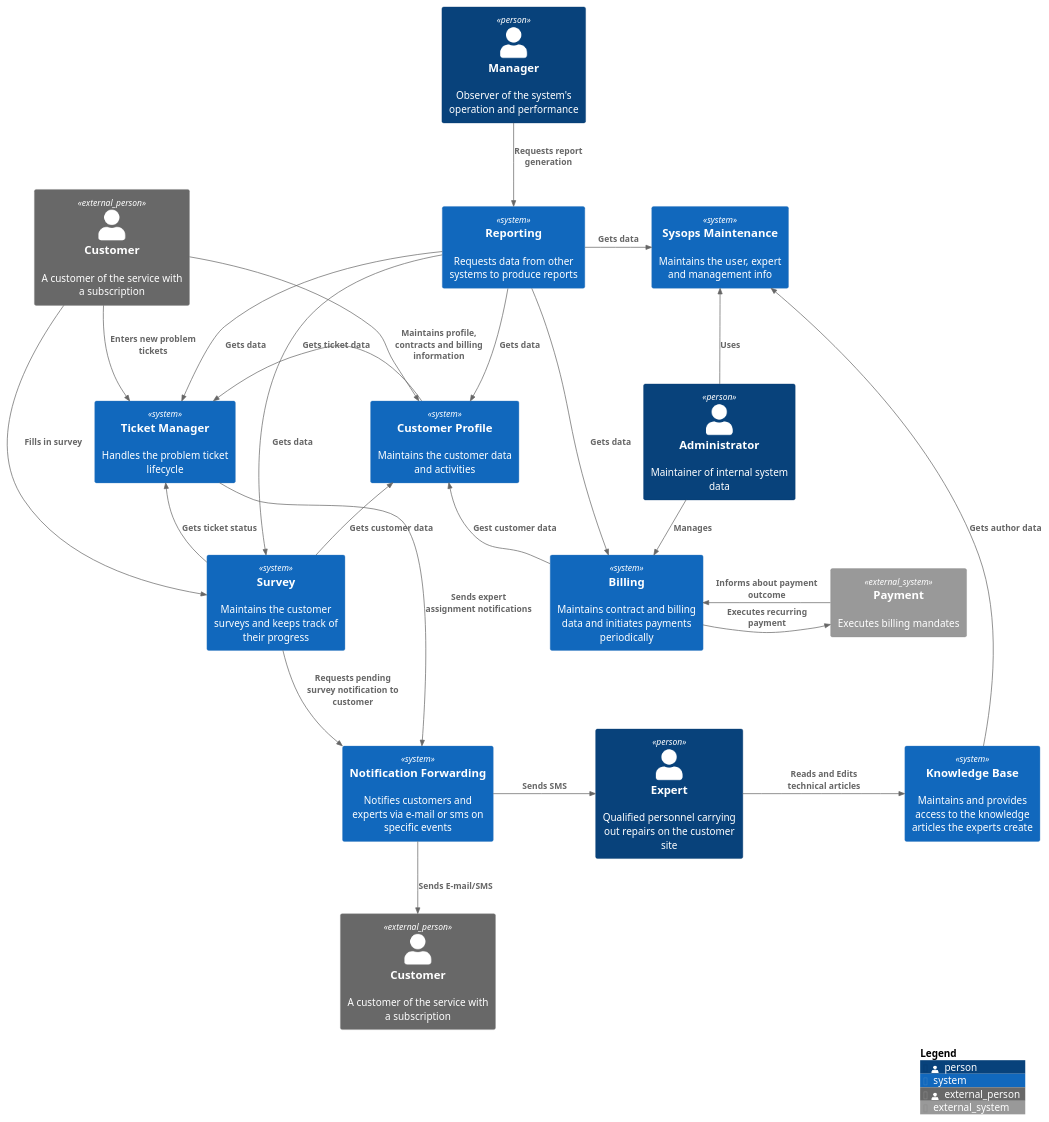
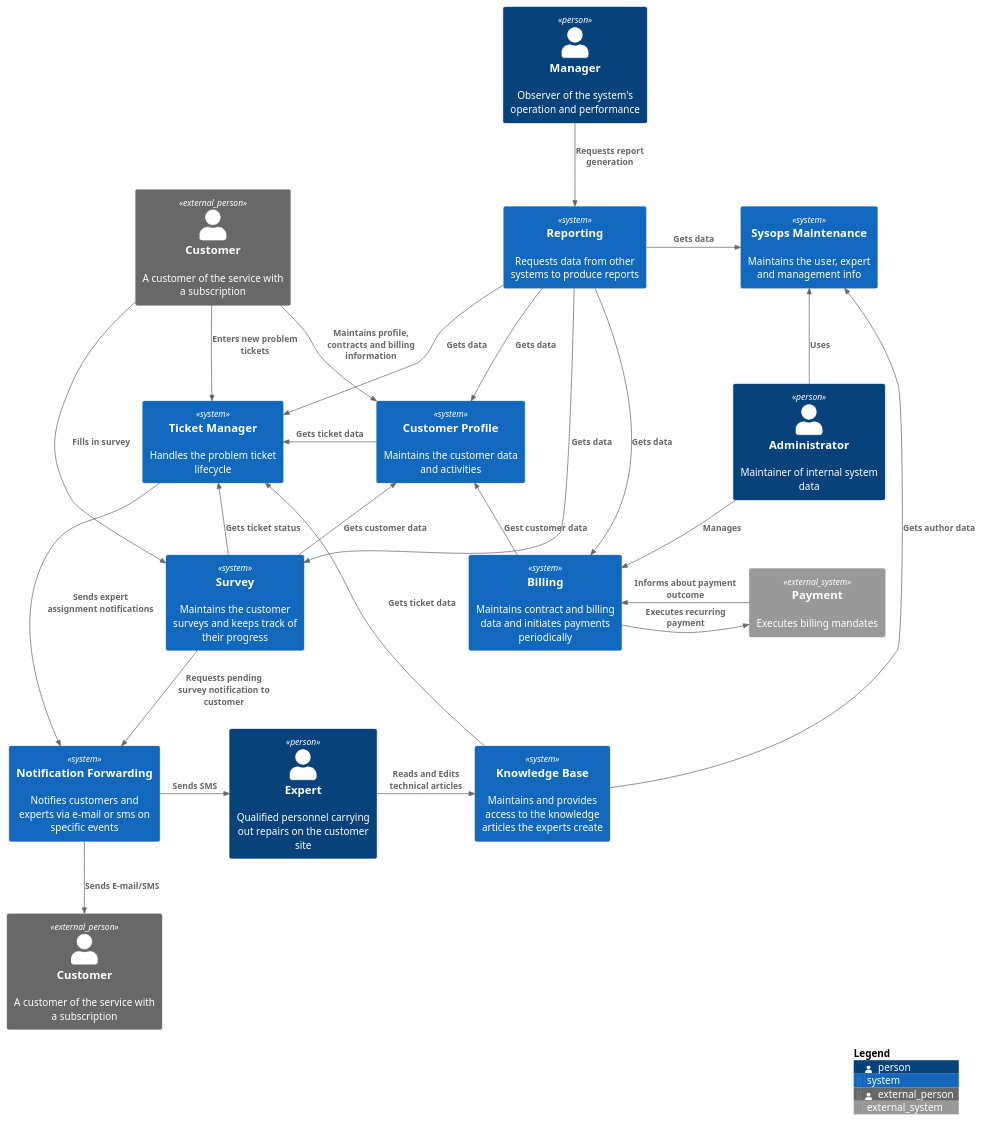
Before and after one commit to gantonopoulos/ganymed: the diagram in Doc/Diagrams/1. Context/Context.md, drawn with PlantUML. The commit also changed 3 other files, not shown here.

Commit message:
Adds the Knowledge base diagram

````diff
--- a/Doc/Diagrams/1. Context/Context.md
+++ b/Doc/Diagrams/1. Context/Context.md
@@ -1,59 +1,60 @@
 ```plantuml
 
 @startuml 
 !includeurl https://raw.githubusercontent.com/plantuml-stdlib/C4-PlantUML/v2.2.0/C4_Context.puml
 !includeurl https://raw.githubusercontent.com/plantuml-stdlib/C4-PlantUML/v2.2.0/C4_Container.puml
 !includeurl https://raw.githubusercontent.com/plantuml-stdlib/C4-PlantUML/v2.2.0/C4_Component.puml
 
 
 Person_Ext(customer, "Customer", "A customer of the service with a subscription")
 Person_Ext(customer_1, "Customer", "A customer of the service with a subscription")
 Person(sysopsExpert,"Expert", "Qualified personnel carrying out repairs on the customer site")
 Person(sysopsAdmin, "Administrator", "Maintainer of internal system data")
 Person(manager, "Manager", "Observer of the system's operation and performance")
 
 System(notificationForwarding, "Notification Forwarding", "Notifies customers and experts via e-mail or sms on specific events")
 System(sysopsManager, "Sysops Maintenance", "Maintains the user, expert and management info")
 System(customerProfile,"Customer Profile", "Maintains the customer data and activities")
 System(billing, "Billing", "Maintains contract and billing data and initiates payments periodically")
 System(reporting, "Reporting","Requests data from other systems to produce reports")
 System(knowledgeBase,"Knowledge Base", "Maintains and provides access to the knowledge articles the experts create")
 System(survey, "Survey", "Maintains the customer surveys and keeps track of their progress")
 System_Ext(payment, "Payment", "Executes billing mandates")
 System(ticketManagement, "Ticket Manager", "Handles the problem ticket lifecycle")
 
 Rel_D(manager, reporting, "Requests report generation")
 Rel_D(reporting, ticketManagement, "Gets data")
 Rel_D(reporting, customerProfile, "Gets data")
 Rel_R(reporting, sysopsManager, "Gets data")
 Rel_R(reporting, billing, "Gets data")
 Rel_D(reporting, survey, "Gets data")
 
 Rel_R(billing, payment, "Executes recurring payment")
 Rel_L(payment, billing, "Informs about payment outcome")
 Rel_U(survey, customerProfile, "Gets customer data")
 Rel_U(survey, ticketManagement, "Gets ticket status")
 Rel_D(survey, notificationForwarding, "Requests pending survey notification to customer")
 Rel_D(notificationForwarding, customer_1, "Sends E-mail/SMS")
 
 Rel_D(ticketManagement, notificationForwarding, "Sends expert assignment notifications")
 Rel_R(notificationForwarding, sysopsExpert, "Sends SMS")
 
 Rel_R(sysopsExpert, knowledgeBase, "Reads and Edits technical articles")
 Rel_U(knowledgeBase, sysopsManager, "Gets author data")
+Rel_U(knowledgeBase, ticketManagement, "Gets ticket data")
 
 Rel_D(customer, ticketManagement, "Enters new problem tickets")
 Rel_D(customer, customerProfile, "Maintains profile, contracts and billing information")
 Rel_D(customer, survey, "Fills in survey")
 Rel_U(billing, customerProfile, "Gest customer data")
 
 
 Rel_L(customerProfile, ticketManagement, "Gets ticket data")
 Rel_U(sysopsAdmin, sysopsManager, "Uses")
 Rel_D(sysopsAdmin, billing, "Manages")
 
 
 SHOW_LEGEND(false)
 @enduml
 
 ```
````
